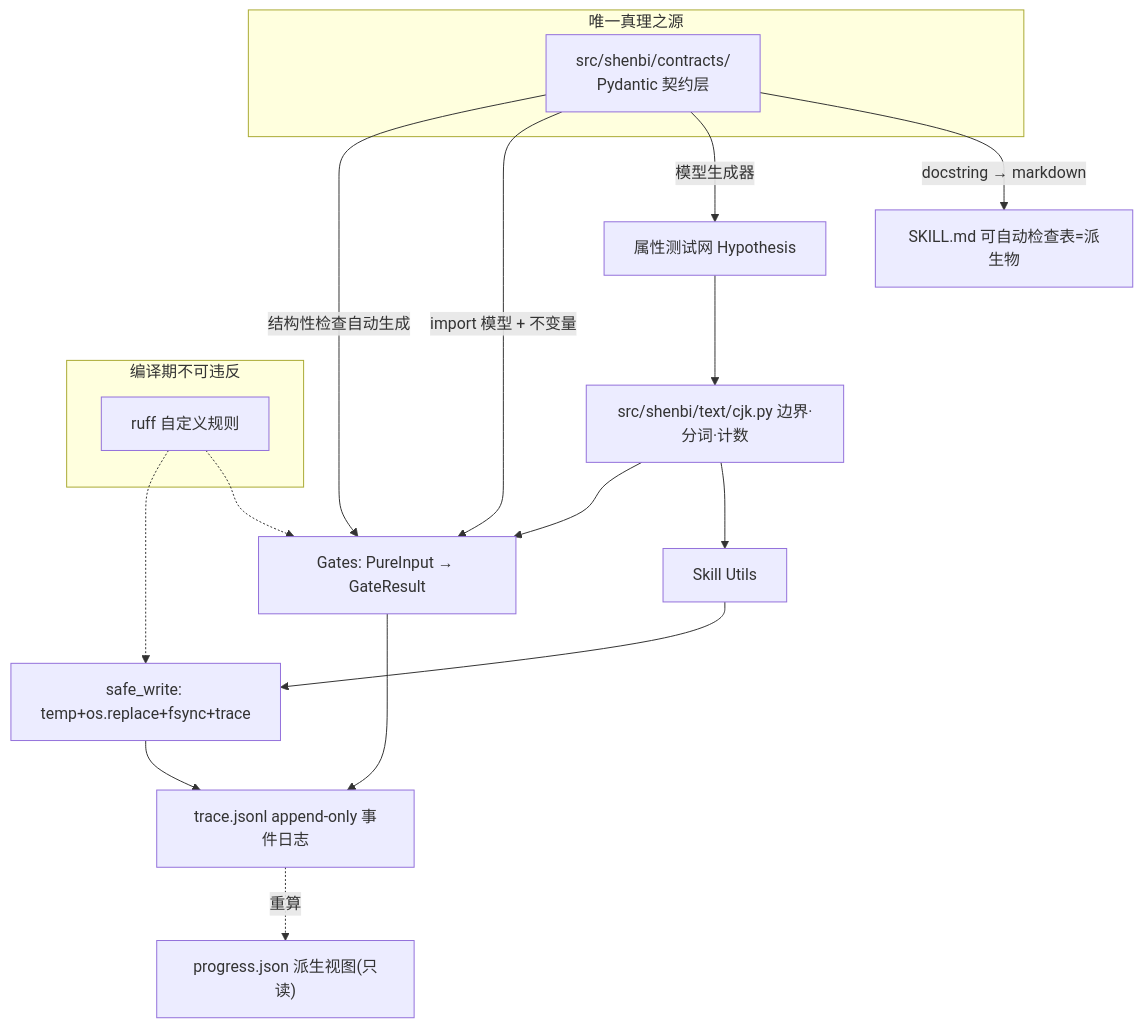
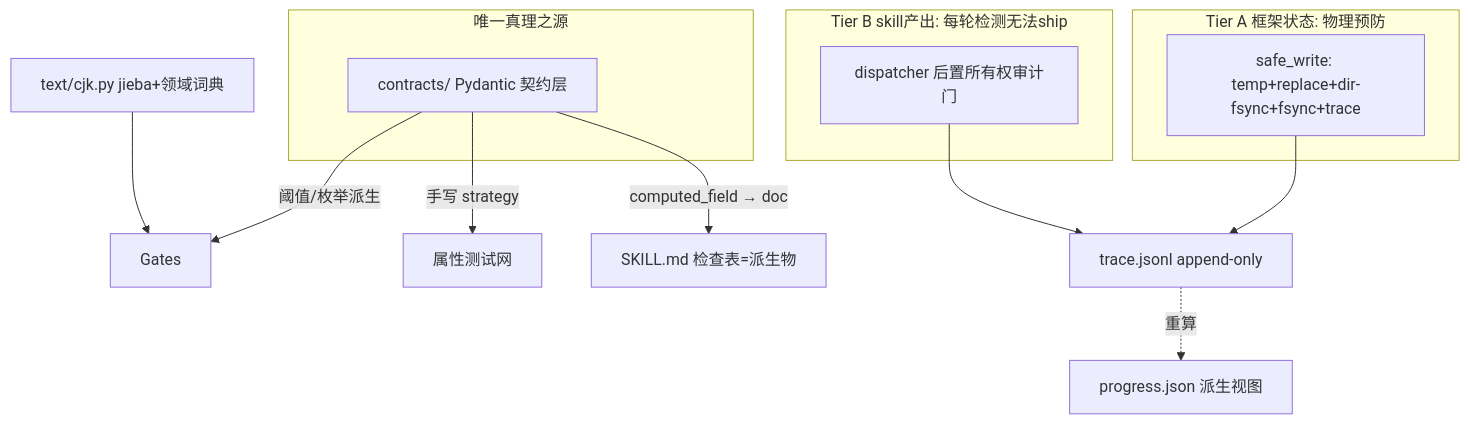
One commit to ThomasChangX/shenbi changed the diagram in docs/superpowers/specs/2026-06-29-contract-single-source-design.md. Above: the diagram before and after it, drawn with Mermaid. The commit also changed other lines of this file, not shown here.

````diff
--- a/docs/superpowers/specs/2026-06-29-contract-single-source-design.md
+++ b/docs/superpowers/specs/2026-06-29-contract-single-source-design.md
@@ -52,25 +92,21 @@
 ```mermaid
 flowchart TB
     subgraph 单源["唯一真理之源"]
-        CT["src/shenbi/contracts/<br/>Pydantic 契约层"]
+        CT["contracts/ Pydantic 契约层"]
     end
-    CT -->|"结构性检查自动生成"| GATES["Gates: PureInput → GateResult"]
-    CT -->|"import 模型 + 不变量"| GATES
-    CT -->|"模型生成器"| PROP["属性测试网 Hypothesis"]
-    CT -->|"docstring → markdown"| SKILL["SKILL.md 可自动检查表=派生物"]
-    TRACE["trace.jsonl append-only 事件日志"]
-    SW["safe_write: temp+os.replace+fsync+trace"]
-    TRACE -.->|"重算"| PROG["progress.json 派生视图(只读)"]
-    CJK["src/shenbi/text/cjk.py 边界·分词·计数"]
+    CT -->|"阈值/枚举派生"| GATES["Gates"]
+    CT -->|"手写 strategy"| PROP["属性测试网"]
+    CT -->|"computed_field → doc"| SKILL["SKILL.md 检查表=派生物"]
+    TRACE["trace.jsonl append-only"]
+    subgraph TierA["Tier A 框架状态: 物理预防"]
+      SW["safe_write: temp+replace+dir-fsync+fsync+trace"]
+    end
+    subgraph TierB["Tier B skill产出: 每轮检测无法ship"]
+      OA["dispatcher 后置所有权审计门"]
+    end
+    TRACE -.->|"重算"| PROG["progress.json 派生视图"]
+    SW --> TRACE
+    OA --> TRACE
+    CJK["text/cjk.py jieba+领域词典"]
     CJK --> GATES
-    CJK --> HELP["Skill Utils"]
-    PROP --> CJK
-    SW --> TRACE
-    GATES --> TRACE
-    HELP --> SW
-    subgraph 强制["编译期不可违反"]
-        LINT["ruff 自定义规则"]
-    end
-    LINT -.-> SW
-    LINT -.-> GATES
 ```
````
